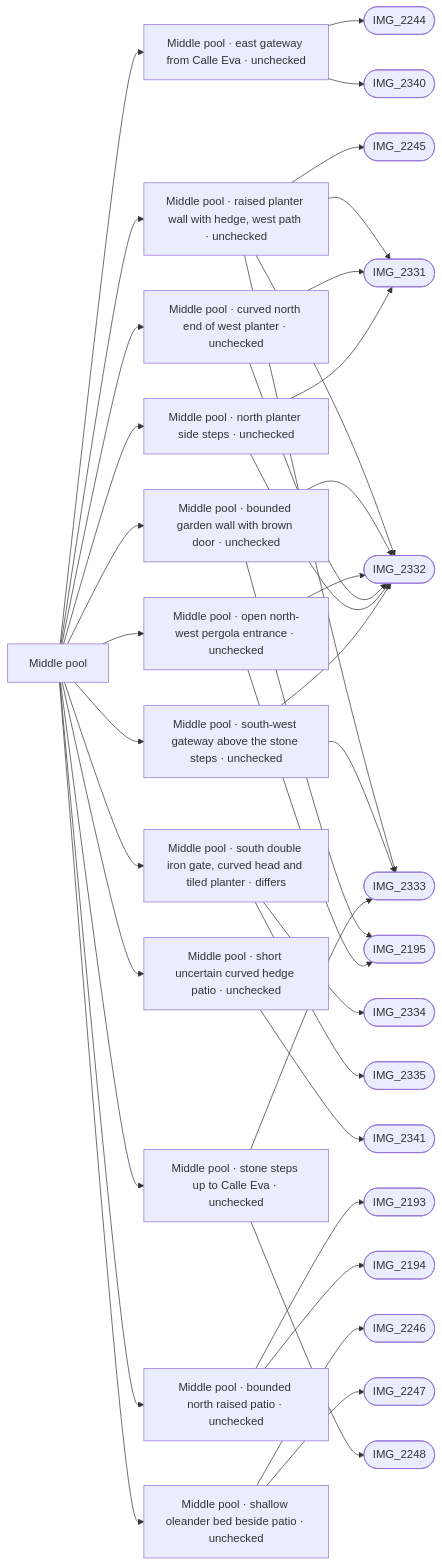
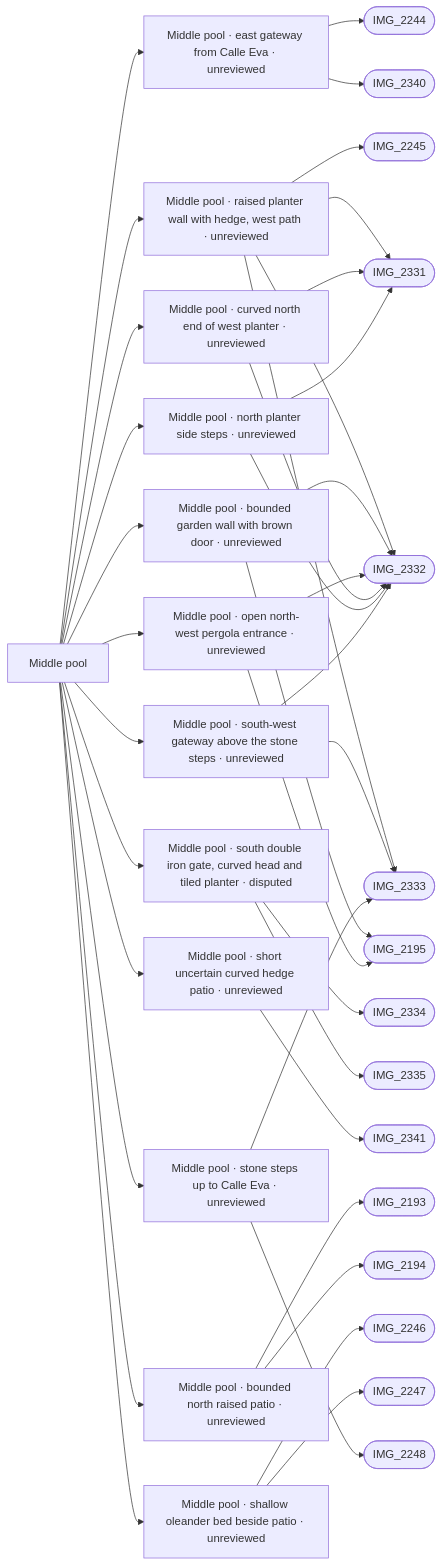
One commit to daveyboyc/villacana-venture changed the diagram in refs/areas/middle-pool.md. Above: the diagram before and after it, drawn with Mermaid. The commit also changed other lines of this file and 45 other files, not shown here.

Commit message:
Require measured independent evidence for graph placement approval

````diff
--- a/refs/areas/middle-pool.md
+++ b/refs/areas/middle-pool.md
@@ -56,41 +56,41 @@
 ```mermaid
 graph LR
   A["Middle pool"]
-  A --> F0["Middle pool · east gateway from Calle Eva · unchecked"]
+  A --> F0["Middle pool · east gateway from Calle Eva · unreviewed"]
   F0 --> PIMG_2244_jpg(["IMG_2244"])
   F0 --> PIMG_2340_jpg(["IMG_2340"])
-  A --> F1["Middle pool · raised planter wall with hedge, west path · unchecked"]
+  A --> F1["Middle pool · raised planter wall with hedge, west path · unreviewed"]
   F1 --> PIMG_2245_jpg(["IMG_2245"])
   F1 --> PIMG_2331_jpg(["IMG_2331"])
   F1 --> PIMG_2332_jpg(["IMG_2332"])
   F1 --> PIMG_2333_jpg(["IMG_2333"])
-  A --> F2["Middle pool · bounded garden wall with brown door · unchecked"]
+  A --> F2["Middle pool · bounded garden wall with brown door · unreviewed"]
   F2 --> PIMG_2195_jpg(["IMG_2195"])
   F2 --> PIMG_2332_jpg(["IMG_2332"])
-  A --> F3["Middle pool · open north-west pergola entrance · unchecked"]
+  A --> F3["Middle pool · open north-west pergola entrance · unreviewed"]
   F3 --> PIMG_2195_jpg(["IMG_2195"])
   F3 --> PIMG_2332_jpg(["IMG_2332"])
-  A --> F4["Middle pool · curved north end of west planter · unchecked"]
+  A --> F4["Middle pool · curved north end of west planter · unreviewed"]
   F4 --> PIMG_2331_jpg(["IMG_2331"])
   F4 --> PIMG_2332_jpg(["IMG_2332"])
-  A --> F5["Middle pool · north planter side steps · unchecked"]
+  A --> F5["Middle pool · north planter side steps · unreviewed"]
   F5 --> PIMG_2331_jpg(["IMG_2331"])
   F5 --> PIMG_2332_jpg(["IMG_2332"])
-  A --> F6["Middle pool · south double iron gate, curved head and tiled planter · differs"]
+  A --> F6["Middle pool · south double iron gate, curved head and tiled planter · disputed"]
   F6 --> PIMG_2334_jpg(["IMG_2334"])
   F6 --> PIMG_2335_jpg(["IMG_2335"])
-  A --> F7["Middle pool · south-west gateway above the stone steps · unchecked"]
+  A --> F7["Middle pool · south-west gateway above the stone steps · unreviewed"]
   F7 --> PIMG_2332_jpg(["IMG_2332"])
   F7 --> PIMG_2333_jpg(["IMG_2333"])
-  A --> F8["Middle pool · short uncertain curved hedge patio · unchecked"]
+  A --> F8["Middle pool · short uncertain curved hedge patio · unreviewed"]
   F8 --> PIMG_2341_jpg(["IMG_2341"])
-  A --> F9["Middle pool · bounded north raised patio · unchecked"]
+  A --> F9["Middle pool · bounded north raised patio · unreviewed"]
   F9 --> PIMG_2193_jpg(["IMG_2193"])
   F9 --> PIMG_2194_jpg(["IMG_2194"])
-  A --> F10["Middle pool · shallow oleander bed beside patio · unchecked"]
+  A --> F10["Middle pool · shallow oleander bed beside patio · unreviewed"]
   F10 --> PIMG_2246_jpg(["IMG_2246"])
   F10 --> PIMG_2247_jpg(["IMG_2247"])
-  A --> F11["Middle pool · stone steps up to Calle Eva · unchecked"]
+  A --> F11["Middle pool · stone steps up to Calle Eva · unreviewed"]
   F11 --> PIMG_2248_jpg(["IMG_2248"])
   F11 --> PIMG_2333_jpg(["IMG_2333"])
 ```
````
